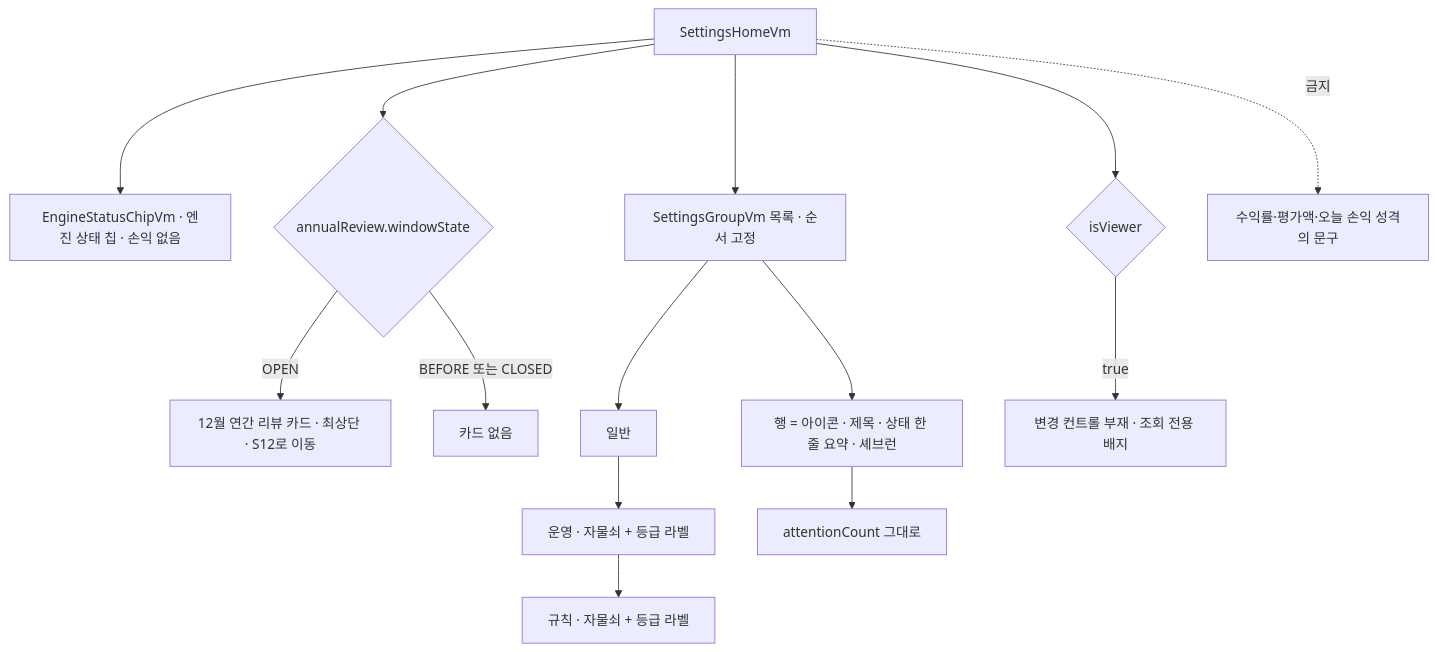
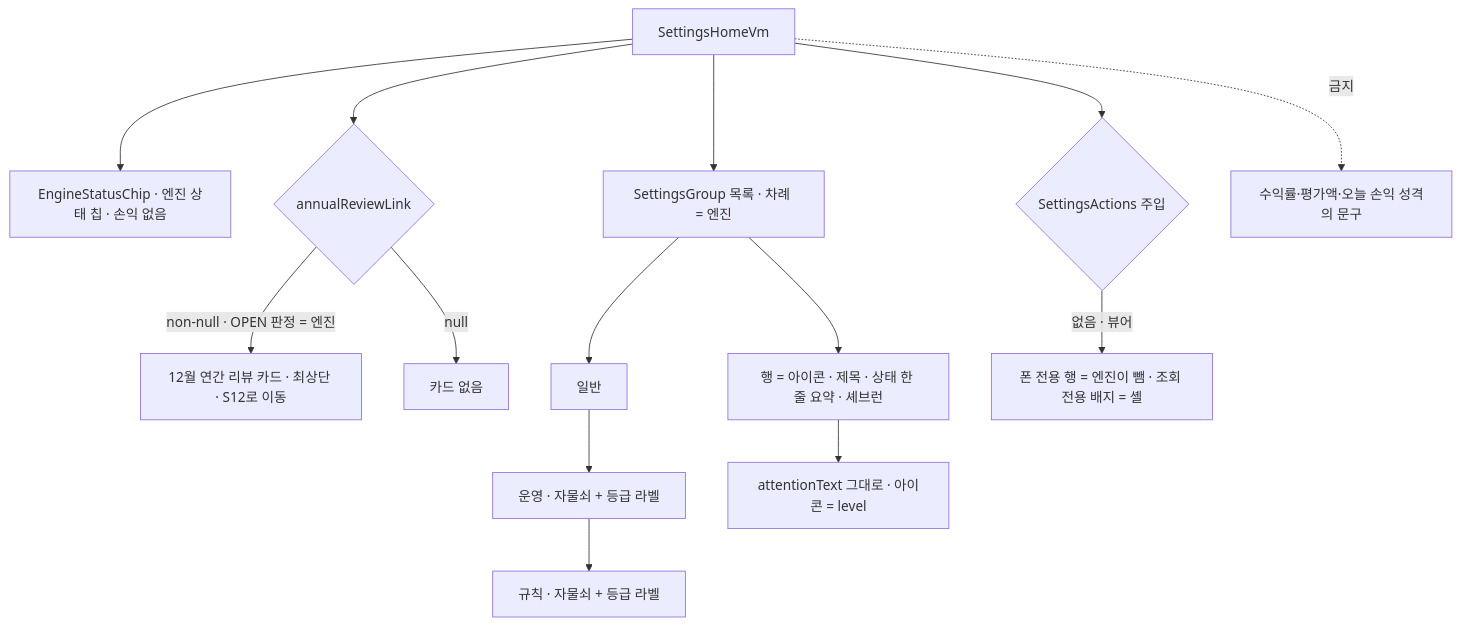
Before and after one commit to billybeom/AutoAlphaQuant: the fourth of 24 diagrams in docs/ai-context/05_화면명세_M9_설정_관리자.md, drawn with Mermaid. The commit also changed other lines of this file and 9 other files, not shown here.

````diff
--- a/docs/ai-context/05_화면명세_M9_설정_관리자.md
+++ b/docs/ai-context/05_화면명세_M9_설정_관리자.md
@@ -187,16 +191,16 @@
 ```mermaid
 flowchart TD
-  VM["SettingsHomeVm"] --> CHIP["EngineStatusChipVm · 엔진 상태 칩 · 손익 없음"]
-  VM --> AR{"annualReview.windowState"}
-  AR -->|OPEN| CARD["12월 연간 리뷰 카드 · 최상단 · S12로 이동"]
-  AR -->|"BEFORE 또는 CLOSED"| NOCARD["카드 없음"]
-  VM --> GRP["SettingsGroupVm 목록 · 순서 고정"]
+  VM["SettingsHomeVm"] --> CHIP["EngineStatusChip · 엔진 상태 칩 · 손익 없음"]
+  VM --> AR{"annualReviewLink"}
+  AR -->|"non-null · OPEN 판정 = 엔진"| CARD["12월 연간 리뷰 카드 · 최상단 · S12로 이동"]
+  AR -->|"null"| NOCARD["카드 없음"]
+  VM --> GRP["SettingsGroup 목록 · 차례 = 엔진"]
   GRP --> G1["일반"]
   G1 --> G2["운영 · 자물쇠 + 등급 라벨"]
   G2 --> G3["규칙 · 자물쇠 + 등급 라벨"]
   GRP --> ROW["행 = 아이콘 · 제목 · 상태 한 줄 요약 · 셰브런"]
-  ROW --> AC["attentionCount 그대로"]
-  VM --> ISV{"isViewer"}
-  ISV -->|true| RO["변경 컨트롤 부재 · 조회 전용 배지"]
+  ROW --> AC["attentionText 그대로 · 아이콘 = level"]
+  VM --> ISV{"SettingsActions 주입"}
+  ISV -->|"없음 · 뷰어"| RO["폰 전용 행 = 엔진이 뺌 · 조회 전용 배지 = 셸"]
   VM -.->|"금지"| PNL["수익률·평가액·오늘 손익 성격의 문구"]
 ```
````
